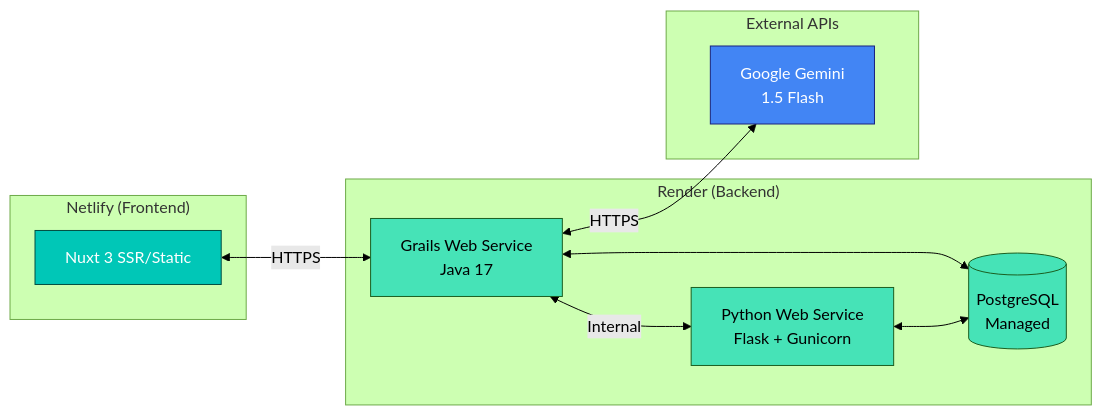
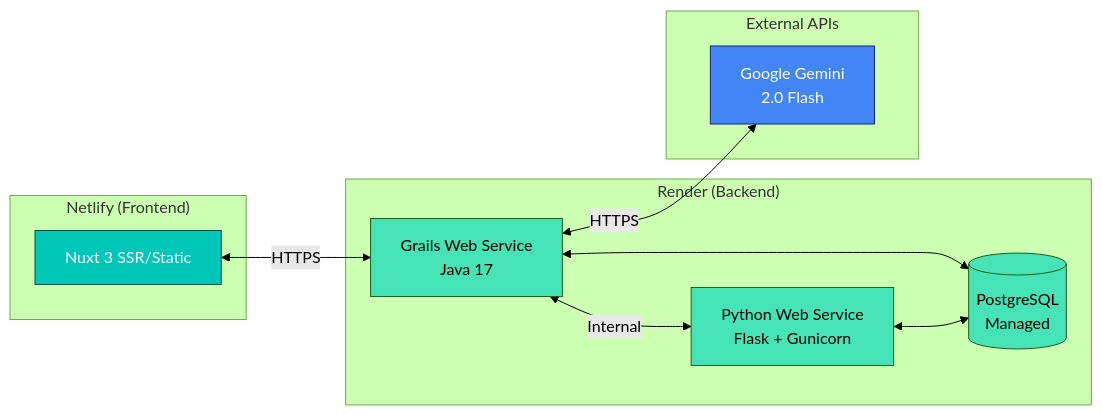
One commit to Bphissles/brand-sentiment-analysis changed the seventh of 7 diagrams in docs/ARCHITECTURE.md. Above: the diagram before and after it, drawn with Mermaid (forest theme). The commit also changed other lines of this file and 5 other files, not shown here.

First line of the commit message:
Update documentation to reflect Sprint 5 completion and current system architecture

````diff
--- a/docs/ARCHITECTURE.md
+++ b/docs/ARCHITECTURE.md
@@ -261,31 +262,31 @@
 ```mermaid
 flowchart LR
     subgraph Netlify["Netlify (Frontend)"]
         NUXT[Nuxt 3 SSR/Static]
     end
 
     subgraph Render["Render (Backend)"]
         GRAILS[Grails Web Service<br/>Java 17]
         PYTHON[Python Web Service<br/>Flask + Gunicorn]
         PG[(PostgreSQL<br/>Managed)]
     end
 
     subgraph External["External APIs"]
-        GEMINI[Google Gemini<br/>1.5 Flash]
+        GEMINI[Google Gemini<br/>2.0 Flash]
     end
 
     NUXT <-->|HTTPS| GRAILS
     GRAILS <-->|Internal| PYTHON
     GRAILS <-->|HTTPS| GEMINI
     GRAILS <--> PG
     PYTHON <--> PG
 
     %% Styling
     classDef netlify fill:#00c7b7,stroke:#004d40,color:#fff
     classDef render fill:#46e3b7,stroke:#1b5e20
     classDef external fill:#4285f4,stroke:#1a237e,color:#fff
 
     class NUXT netlify
     class GRAILS,PYTHON,PG render
     class GEMINI external
 ```
````
